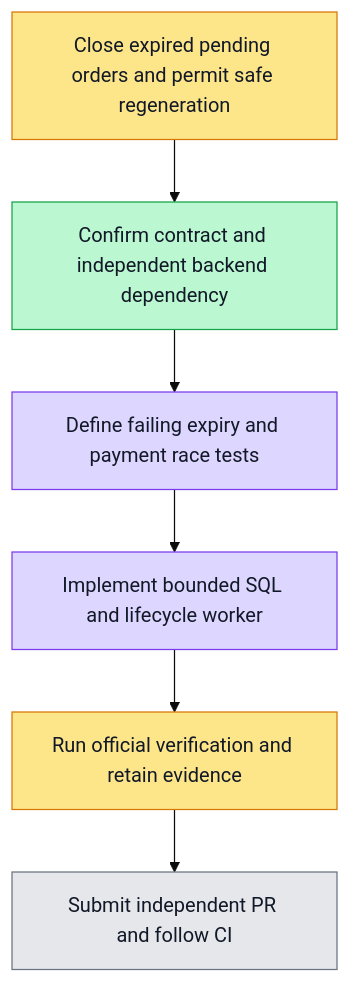
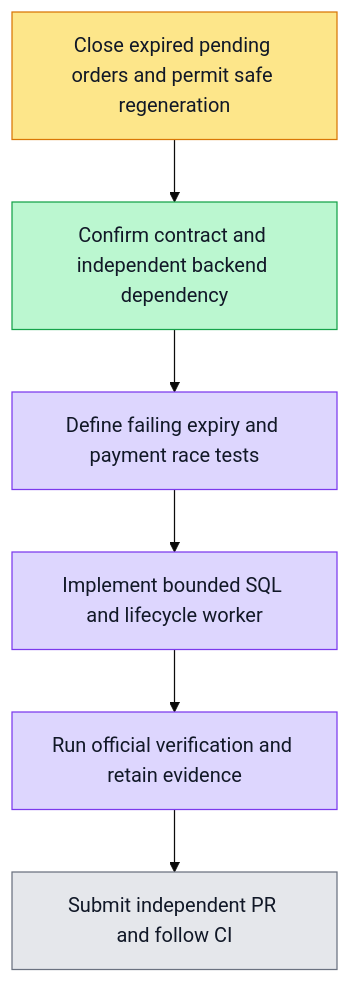
Before and after one commit to boardx/workspacex: the diagram in phases/phase-21-billing-payment/sprints/sprint-07/plans/F07.plan.md, drawn with Mermaid (base theme). The commit also changed 5 other files, not shown here.

Commit message:
test(billing): retain successful exact-source expiry gate

````diff
--- a/phases/phase-21-billing-payment/sprints/sprint-07/plans/F07.plan.md
+++ b/phases/phase-21-billing-payment/sprints/sprint-07/plans/F07.plan.md
@@ -7,25 +7,26 @@
 ```mermaid
 flowchart TD
   G[Close expired pending orders and permit safe regeneration]
   S1[Confirm contract and independent backend dependency]
   S2[Define failing expiry and payment race tests]
   S3[Implement bounded SQL and lifecycle worker]
   S4[Run official verification and retain evidence]
   S5[Submit independent PR and follow CI]
   G --> S1 --> S2 --> S3 --> S4 --> S5
 
   classDef todo fill:#e5e7eb,stroke:#6b7280,color:#111827
   classDef doing fill:#fde68a,stroke:#d97706,color:#111827
   classDef done fill:#bbf7d0,stroke:#16a34a,color:#111827
   classDef tested fill:#ddd6fe,stroke:#7c3aed,color:#111827
   classDef blocked fill:#fecaca,stroke:#dc2626,color:#111827
   class G doing
   class S1 done
   class S2 tested
   %% evidence S2: evidence/F07.red.log and evidence/F07.first-focused-failed.log
   class S3 tested
   %% evidence S3: evidence/F07.reordered-focused.log - 129 assertions on source69402b4
-  class S4 doing
+  class S4 tested
+  %% evidence S4: Official verify source c2c33c8ea exit0: expiry10; API15275+4; actual standard affected scope, Web not executed; evidence/F07.verify.log fingerprint12e65e9288.
   %% S4: prior source0579448 failure retained. Fresh source includes internal validator diagnostics from PR5799; exact-source official gate pending.
   class S5 todo
 ```
````
